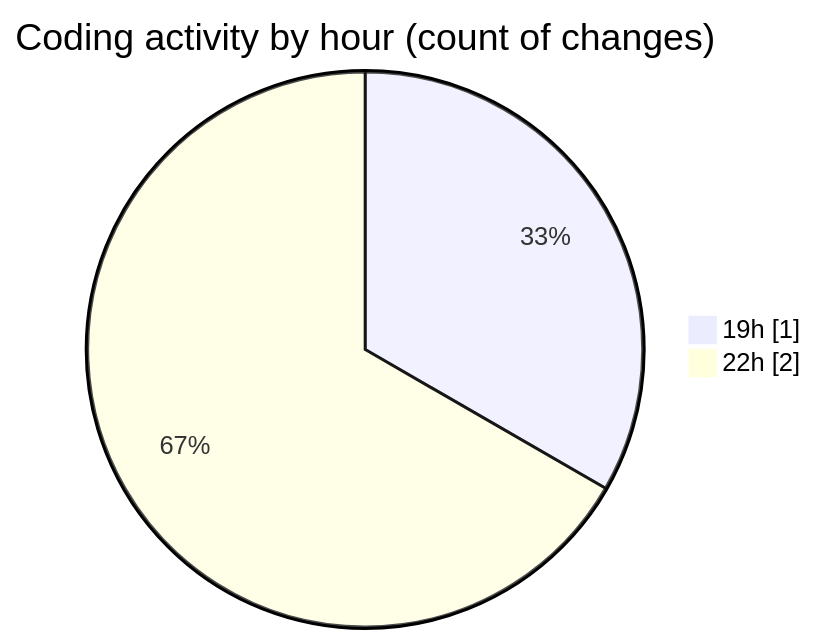
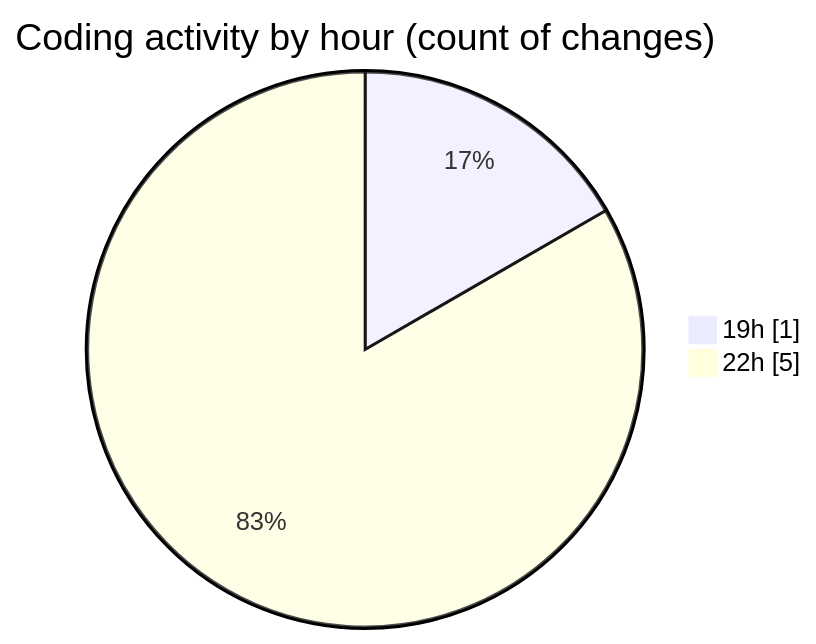
The second of 2 diagrams in 2025-01-23/trackers_app/README.md (donsfak/code-tracking), drawn with Mermaid before and after one commit. The commit also changed other lines of this file and 1 other file, not shown here.

````diff
--- a/2025-01-23/trackers_app/README.md
+++ b/2025-01-23/trackers_app/README.md
@@ -29,6 +30,6 @@
 ```mermaid
 pie showData
 title Coding activity by hour (count of changes)
 "19h" : 1
-"22h" : 2
+"22h" : 5
 ```
````
